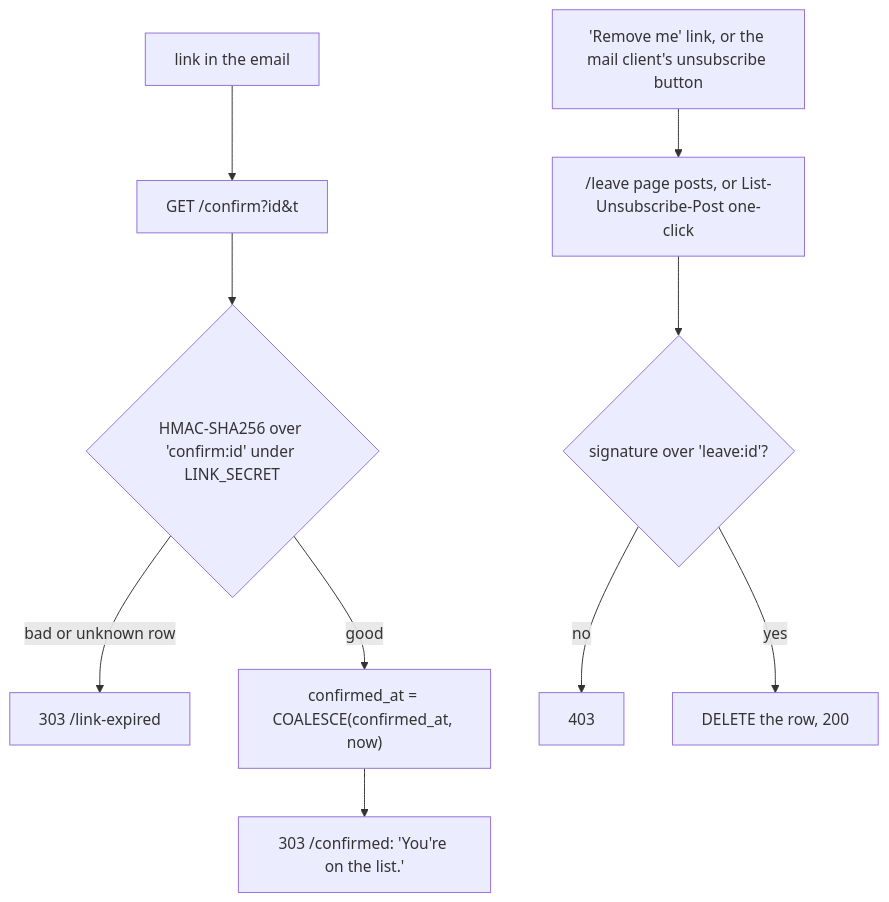
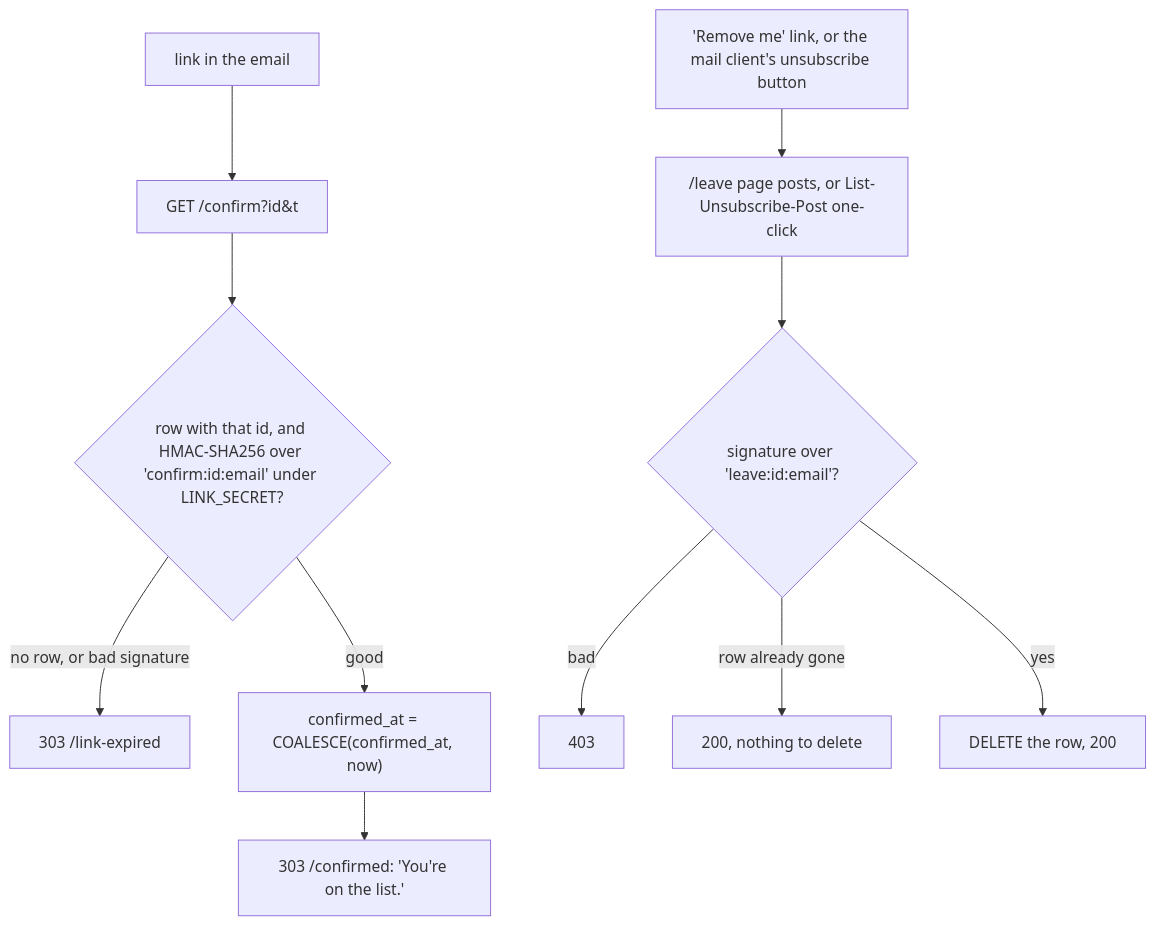
One commit to Krutik460/Widgie changed the third of 3 diagrams in docs/pr/11-early-access-w1.md. Above: the diagram before and after it, drawn with Mermaid. The commit also changed other lines of this file and 6 other files, not shown here.

First line of the commit message:
Sign links over the row's email, follow rotation, and keep failed reminders from locking people out

````diff
--- a/docs/pr/11-early-access-w1.md
+++ b/docs/pr/11-early-access-w1.md
@@ -83,12 +84,13 @@
 ```mermaid
 flowchart TD
   E["link in the email"] --> C["GET /confirm?id&t"]
-  C --> V{"HMAC-SHA256 over 'confirm:id' under LINK_SECRET"}
-  V -->|"bad or unknown row"| X["303 /link-expired"]
+  C --> V{"row with that id, and HMAC-SHA256 over 'confirm:id:email' under LINK_SECRET?"}
+  V -->|"no row, or bad signature"| X["303 /link-expired"]
   V -->|"good"| U["confirmed_at = COALESCE(confirmed_at, now)"]
   U --> OK["303 /confirmed: 'You're on the list.'"]
   L["'Remove me' link, or the mail client's unsubscribe button"] --> LP["/leave page posts, or List-Unsubscribe-Post one-click"]
-  LP --> LV{"signature over 'leave:id'?"}
-  LV -->|"no"| R403["403"]
+  LP --> LV{"signature over 'leave:id:email'?"}
+  LV -->|"bad"| R403["403"]
+  LV -->|"row already gone"| OK2["200, nothing to delete"]
   LV -->|"yes"| DEL["DELETE the row, 200"]
 ```
````
